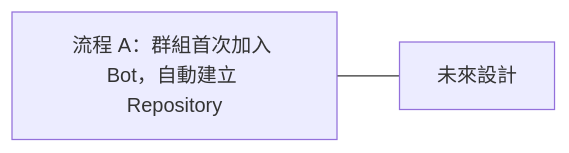
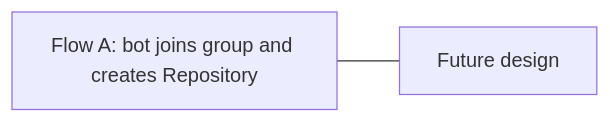
One commit to 963sup/line-mini-app-bot changed diagram 16 of 38 in docs/proposals/line-engineering/README.md. Above: the diagram before and after it, drawn with Mermaid. The commit also changed other lines of this file and 341 other files, not shown here.

````diff
--- a/docs/proposals/line-engineering/README.md
+++ b/docs/proposals/line-engineering/README.md
@@ -188,5 +192,5 @@
 ```mermaid
 flowchart LR
-  h["流程 A：群組首次加入 Bot，自動建立 <br/>Repository"]
-  h --- n0["未來設計"]
+  h["Flow A: bot joins group and creates Repository"]
+  h --- n0["Future design"]
 ```
````
